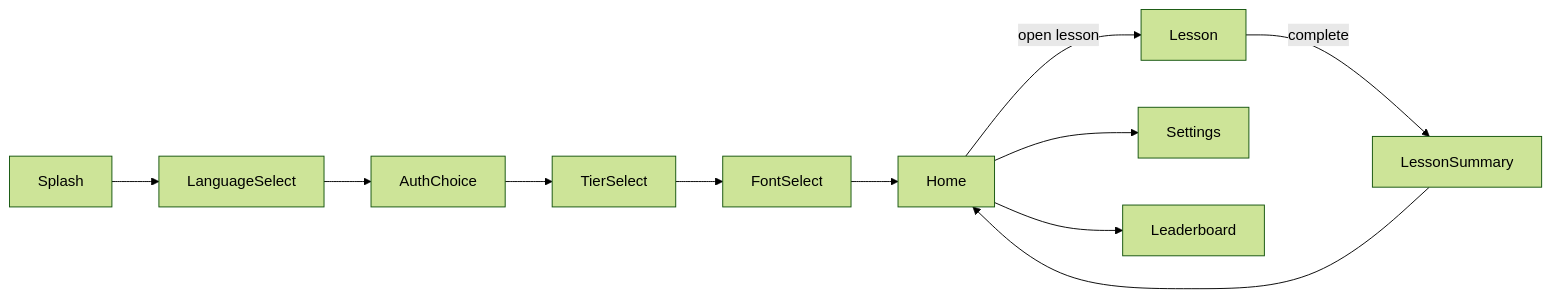
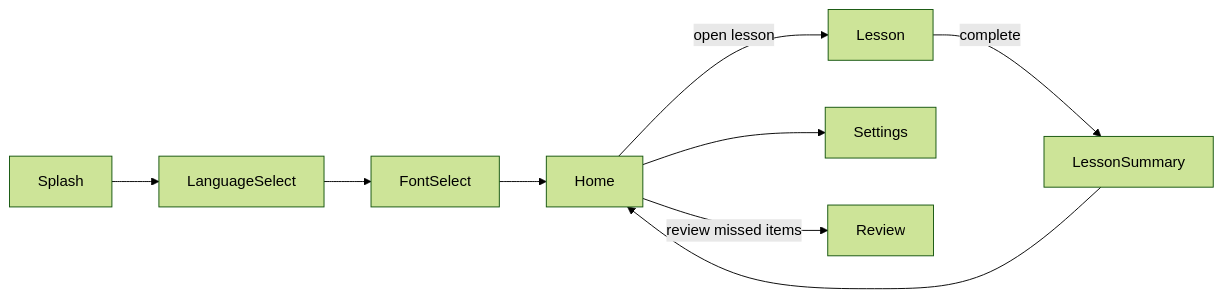
One commit to deanybytes/QuranicWords changed the third of 3 diagrams in docs/ARCHITECTURE.md. Above: the diagram before and after it, drawn with Mermaid (forest theme). The commit also changed other lines of this file and 44 other files, not shown here.

````diff
--- a/docs/ARCHITECTURE.md
+++ b/docs/ARCHITECTURE.md
@@ -102,9 +96,9 @@
 ```mermaid
 flowchart LR
-    Splash --> LanguageSelect --> AuthChoice --> TierSelect --> FontSelect --> Home
+    Splash --> LanguageSelect --> FontSelect --> Home
     Home -->|open lesson| Lesson
     Lesson -->|complete| LessonSummary
     LessonSummary --> Home
     Home --> Settings
-    Home --> Leaderboard
+    Home -->|review missed items| Review
 ```
````
